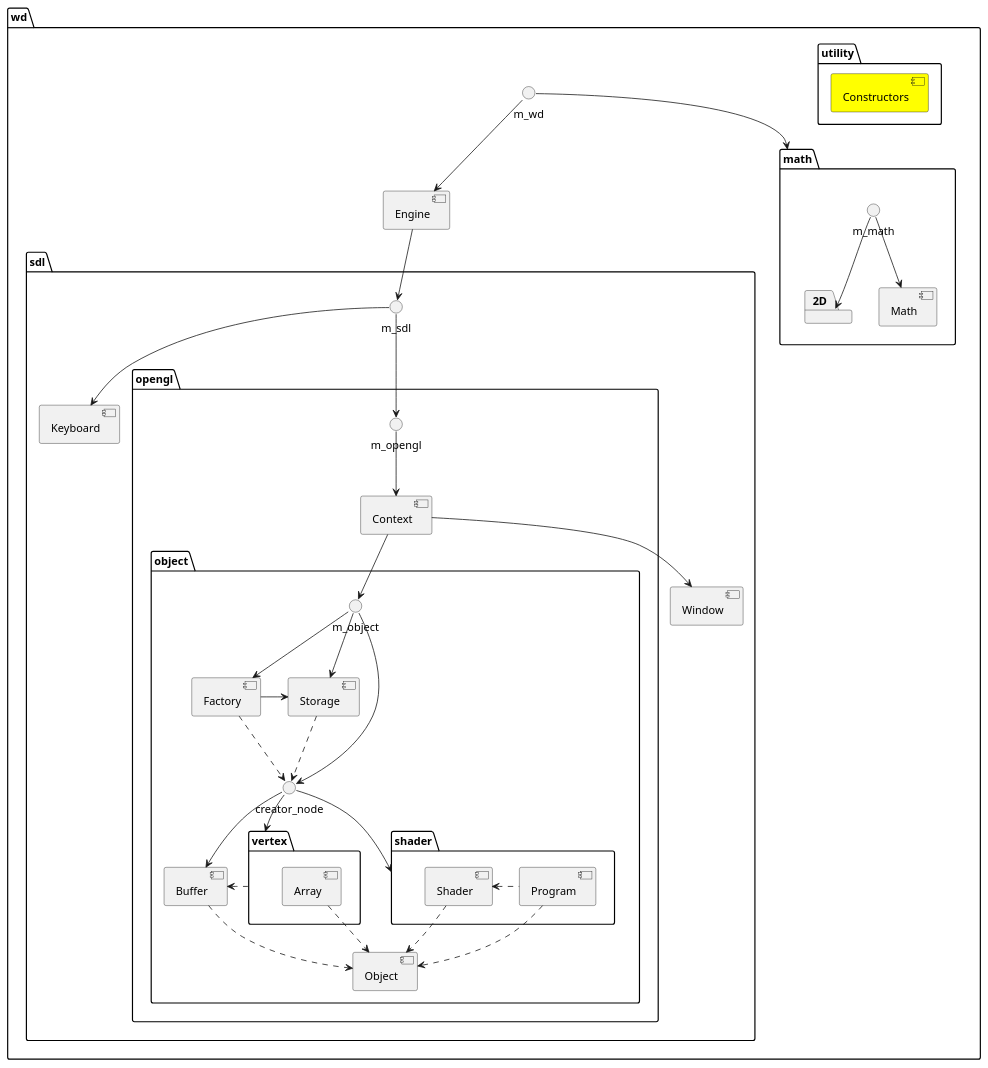
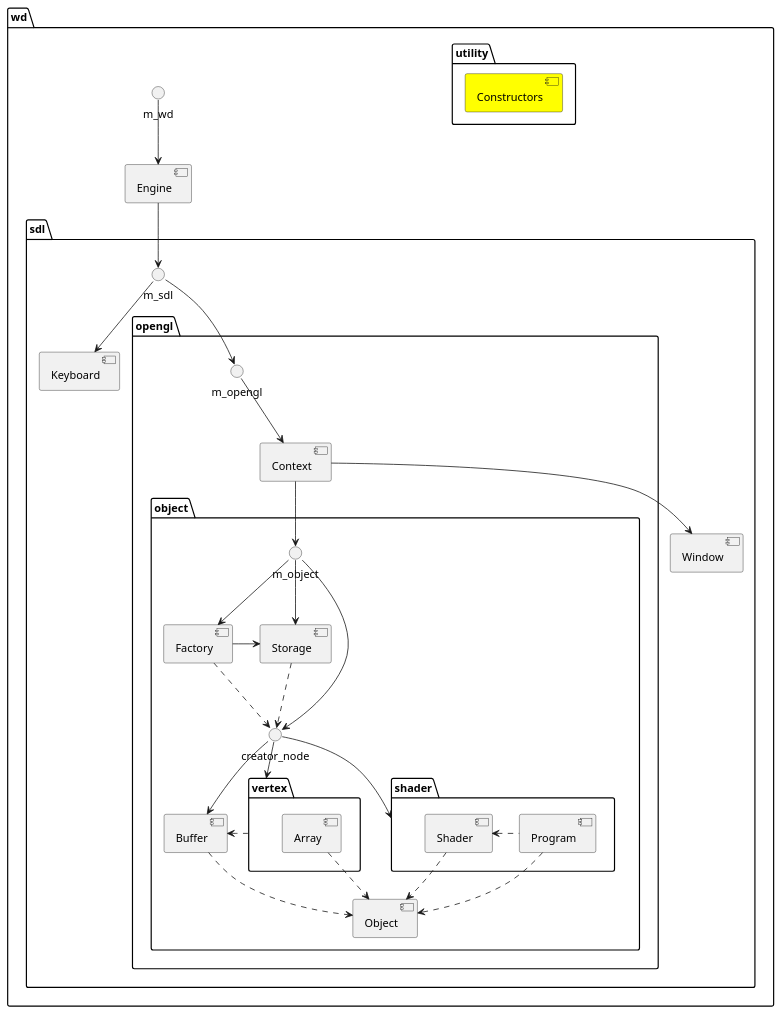
The diagram in docs/components.puml (Windings-Lab/SDL3), drawn with PlantUML before and after one commit. The commit also changed 14 other files, not shown here.

```diff
--- a/docs/components.puml
+++ b/docs/components.puml
@@ -1,56 +1,50 @@
 @startuml
 
 package "wd" {
-    package math {
-        package 2D
-        m_math --> [Math]
-        m_math --> 2D
-    }
     package utility {
         [Constructors] #Yellow
     }
     package sdl {
         [Keyboard]
         [Window]
         package opengl {
             package "object" {
                 [Object]
                 [Buffer]
                 [Factory]
                 [Storage]
                 package vertex {
                     [Array]
                     [Array] ..> [Object]
                     vertex .left.> [Buffer]
                 }
                 package shader {
                     [Shader]
                     [Program]
                     [Shader] ..> [Object]
                     [Program] ..> [Object]
                     [Program] .left.> [Shader]
                 }
                 [Factory] -right-> [Storage]
                 [Factory] ..> creator_node
                 [Storage] ..> creator_node
                 [Buffer] ..> [Object]
                 creator_node --> [Buffer]
                 creator_node --> shader
                 creator_node --> vertex
                 m_object --> creator_node
                 m_object --> [Factory]
                 m_object --> [Storage]
             }
             [Context] --> m_object
             [Context] --> [Window]
             m_opengl --> [Context]
         }
         m_sdl --> [Keyboard]
         m_sdl --> m_opengl
     }
     m_wd --> [Engine]
-    m_wd --> math
     [Engine] --> m_sdl
 }
 
 @enduml
```
